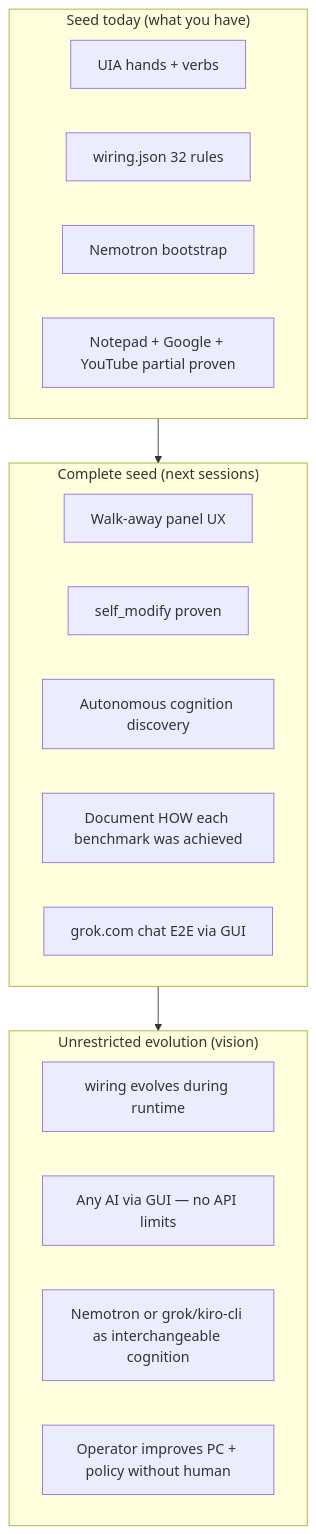
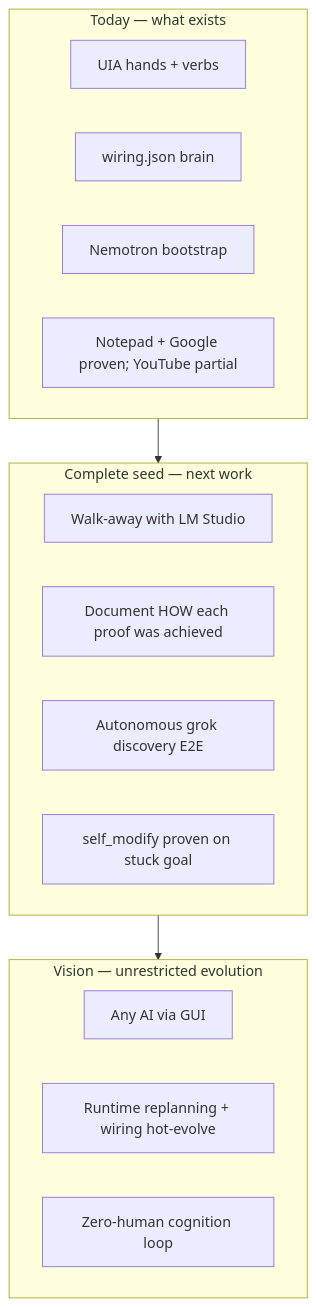
The first of 6 diagrams in README.md (wgabrys88/endgame-ai), drawn with Mermaid before and after one commit. The commit also changed other lines of this file, not shown here.

Commit message:
docs: full README rewrite — lecture for humans and AI, operator thesis, handoffs

````diff
--- a/README.md
+++ b/README.md
@@ -69,27 +45,24 @@
 ```mermaid
 flowchart TB
-    subgraph NOW["Seed today (what you have)"]
-        H1[UIA hands + verbs]
-        W1[wiring.json 32 rules]
-        B1[Nemotron bootstrap]
-        P1[Notepad + Google + YouTube partial proven]
+    subgraph NOW["Today — what exists"]
+        H[UIA hands + verbs]
+        W[wiring.json brain]
+        B[Nemotron bootstrap]
+        P[Notepad + Google proven; YouTube partial]
     end
 
-    subgraph SEED["Complete seed (next sessions)"]
-        H2[Walk-away panel UX]
-        W2[self_modify proven]
-        B2[Autonomous cognition discovery]
-        P2[Document HOW each benchmark was achieved]
-        P3[grok.com chat E2E via GUI]
+    subgraph SEED["Complete seed — next work"]
+        W1[Walk-away with LM Studio]
+        W2[Document HOW each proof was achieved]
+        W3[Autonomous grok discovery E2E]
+        W4[self_modify proven on stuck goal]
     end
 
-    subgraph FUTURE["Unrestricted evolution (vision)"]
-        E1[wiring evolves during runtime]
-        E2[Any AI via GUI — no API limits]
-        E3[Nemotron or grok/kiro-cli as interchangeable cognition]
-        E4[Operator improves PC + policy without human]
+    subgraph FUTURE["Vision — unrestricted evolution"]
+        F1[Any AI via GUI]
+        F2[Runtime replanning + wiring hot-evolve]
+        F3[Zero-human cognition loop]
     end
 
-    NOW --> SEED
-    SEED --> FUTURE
+    NOW --> SEED --> FUTURE
 ```
````
